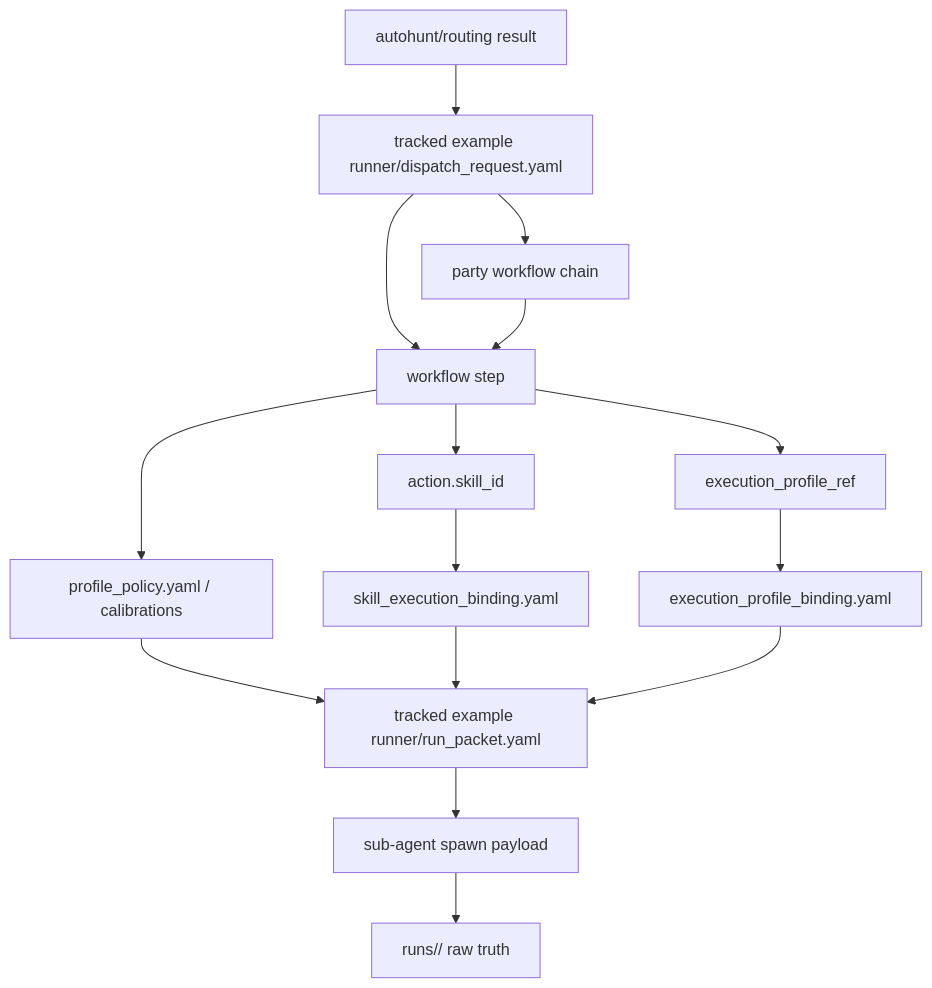
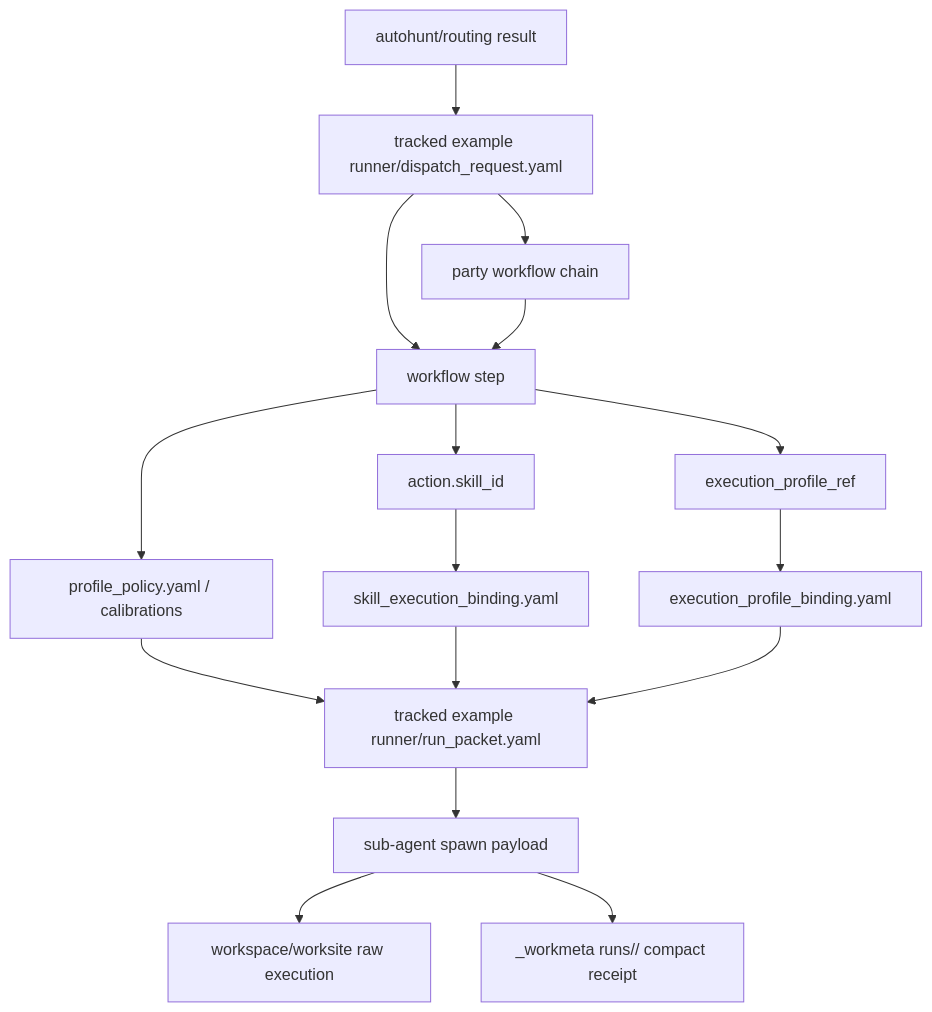
Before and after one commit to SungYongMOON/soulforge: the first of 2 diagrams in docs/architecture/workspace/RUNNER_EXECUTION_MODEL.md, drawn with Mermaid. The commit also changed other lines of this file and 34 other files, not shown here.

````diff
--- a/docs/architecture/workspace/RUNNER_EXECUTION_MODEL.md
+++ b/docs/architecture/workspace/RUNNER_EXECUTION_MODEL.md
@@ -14,17 +14,18 @@
 ```mermaid
 flowchart TD
   AH["autohunt/routing result"] --> DR["tracked example runner/dispatch_request.yaml"]
   DR --> PT["party workflow chain"]
   DR --> WF["workflow step"]
   PT --> WF
   WF --> SK["action.skill_id"]
   WF --> EP["execution_profile_ref"]
   WF --> PROF["profile_policy.yaml / calibrations"]
   SK --> SB["skill_execution_binding.yaml"]
   EP --> EB["execution_profile_binding.yaml"]
   PROF --> RP["tracked example runner/run_packet.yaml"]
   SB --> RP
   EB --> RP
   RP --> AG["sub-agent spawn payload"]
-  AG --> RAW["runs/<run_id>/ raw truth"]
+  AG --> RAW["workspace/worksite raw execution"]
+  AG --> META["_workmeta runs/<run_id>/ compact receipt"]
 ```
````
